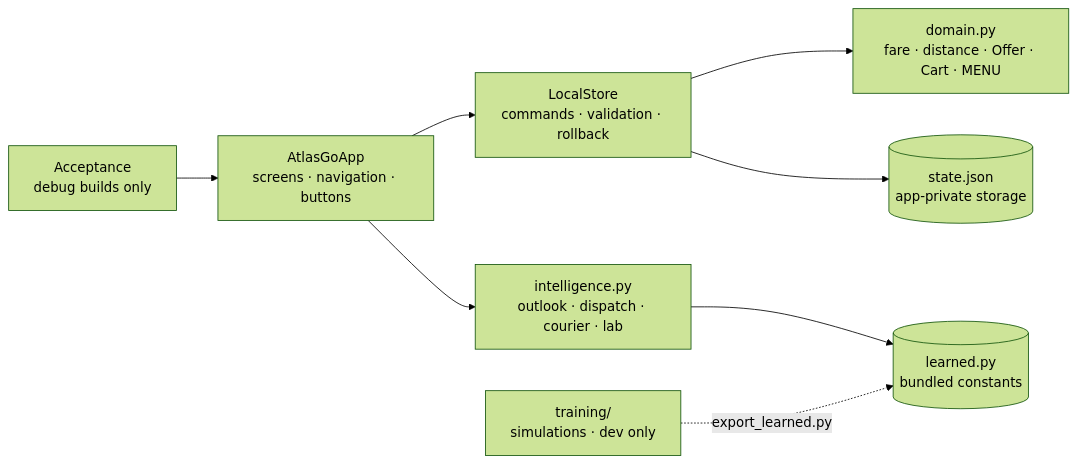
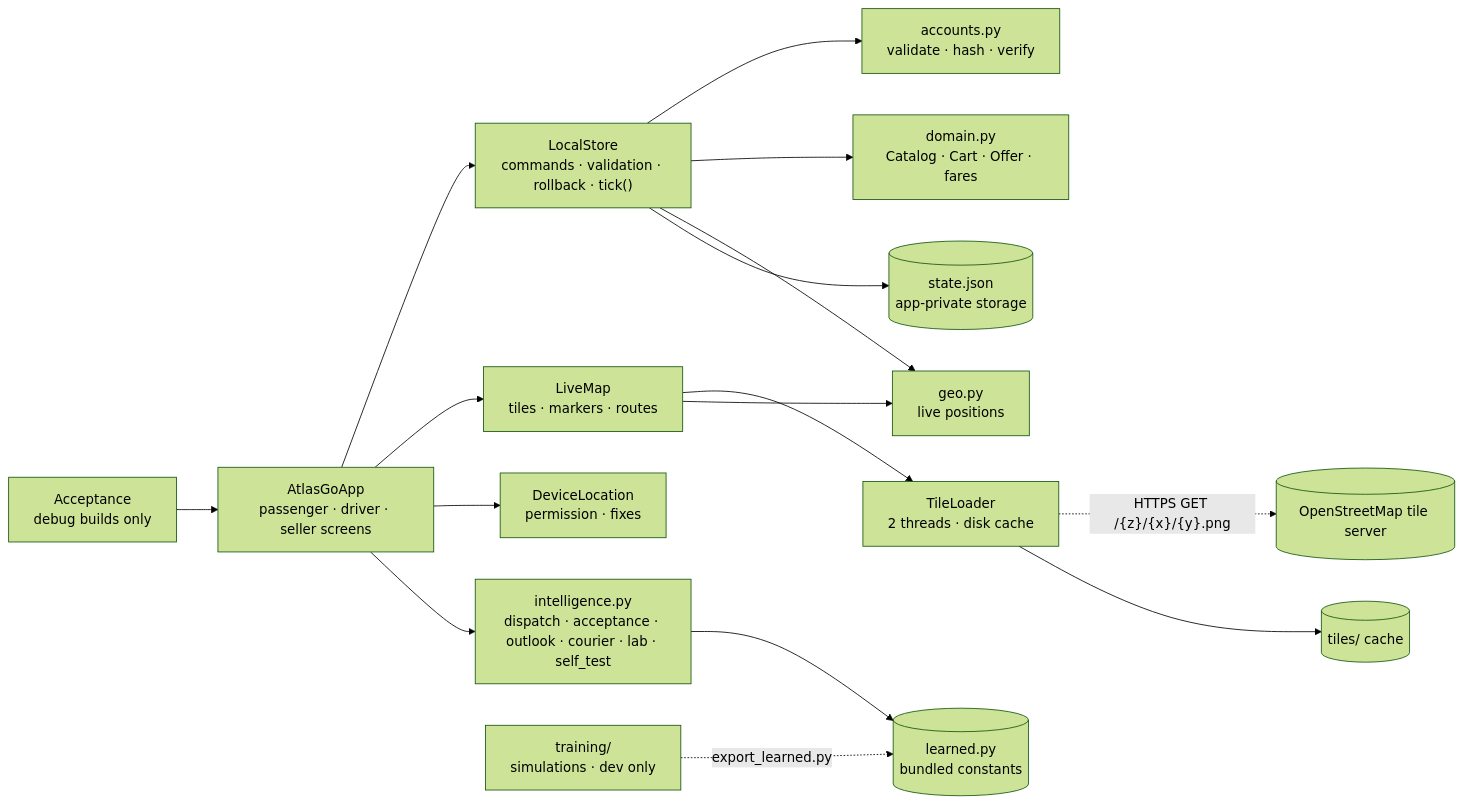
Before and after one commit to FUllSCIPTS/ATLAS: the second of 24 diagrams in architecture-explorer/starter/docs/UML_BLUEPRINT.md, drawn with Mermaid (forest theme). The commit also changed other lines of this file and 1 other file, not shown here.

Commit message:
UML blueprint: ATLAS Go 1.2.0 (accounts, live map, six on-device models)

````diff
--- a/architecture-explorer/starter/docs/UML_BLUEPRINT.md
+++ b/architecture-explorer/starter/docs/UML_BLUEPRINT.md
@@ -184,10 +188,18 @@
 ```mermaid
 flowchart LR
-    U["AtlasGoApp<br/>screens · navigation · buttons"] --> L["LocalStore<br/>commands · validation · rollback"]
-    L --> DM["domain.py<br/>fare · distance · Offer · Cart · MENU"]
+    U["AtlasGoApp<br/>passenger · driver · seller screens"] --> L["LocalStore<br/>commands · validation · rollback · tick()"]
+    U --> MAP["LiveMap<br/>tiles · markers · routes"]
+    U --> LOC["DeviceLocation<br/>permission · fixes"]
+    U --> AI["intelligence.py<br/>dispatch · acceptance · outlook · courier · lab · self_test"]
+    MAP --> TL["TileLoader<br/>2 threads · disk cache"]
+    TL -. "HTTPS GET /{z}/{x}/{y}.png" .-> OSM[("OpenStreetMap tile server")]
+    TL --> TC[("tiles/ cache")]
+    L --> ACC["accounts.py<br/>validate · hash · verify"]
+    L --> DM["domain.py<br/>Catalog · Cart · Offer · fares"]
+    L --> GEO["geo.py<br/>live positions"]
+    MAP --> GEO
     L --> J[("state.json<br/>app-private storage")]
-    U --> AI["intelligence.py<br/>outlook · dispatch · courier · lab"]
     AI --> LC[("learned.py<br/>bundled constants")]
     TR["training/<br/>simulations · dev only"] -. "export_learned.py" .-> LC
     X["Acceptance<br/>debug builds only"] --> U
 ```
````
